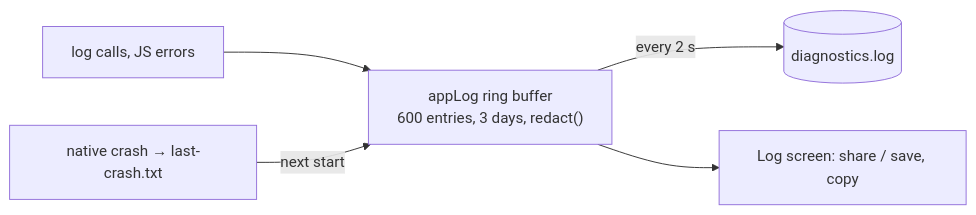
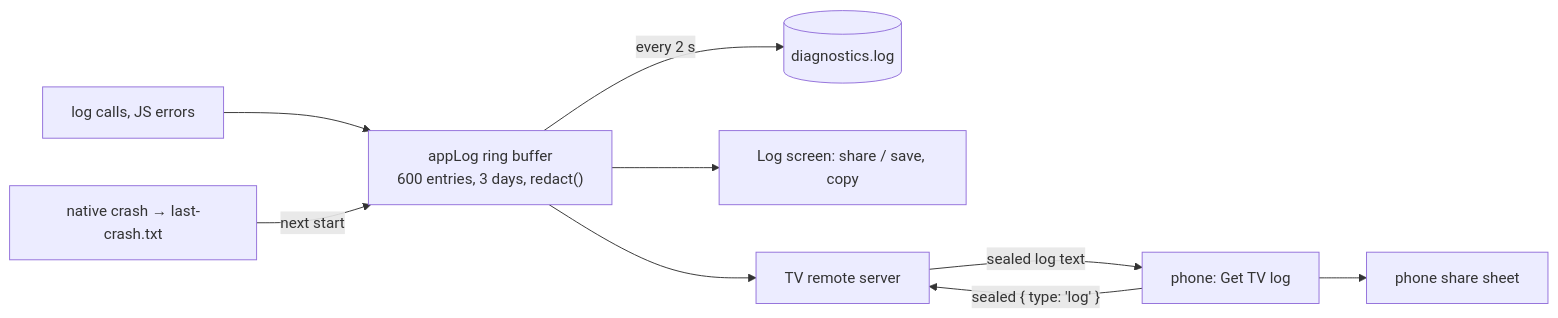
One commit to brunoccst/iptv-player changed diagram 42 of 44 in documentation/FEATURES-TECHNICAL.md. Above: the diagram before and after it, drawn with Mermaid. The commit also changed other lines of this file and 18 other files, not shown here.

First line of the commit message:
Phone fetches the TV log; the log masks the server and account (D-172)

````diff
--- a/documentation/FEATURES-TECHNICAL.md
+++ b/documentation/FEATURES-TECHNICAL.md
@@ -778,7 +778,9 @@
 ```mermaid
 flowchart LR
   E[log calls, JS errors] --> R["appLog ring buffer<br/>600 entries, 3 days, redact()"]
   C["native crash → last-crash.txt"] -->|next start| R
   R -->|every 2 s| S[(diagnostics.log)]
   R --> V["Log screen: share / save, copy"]
+  P["phone: Get TV log"] -->|"sealed { type: 'log' }"| T["TV remote server"]
+  R --> T -->|"sealed log text"| P --> Sh[phone share sheet]
 ```
````
